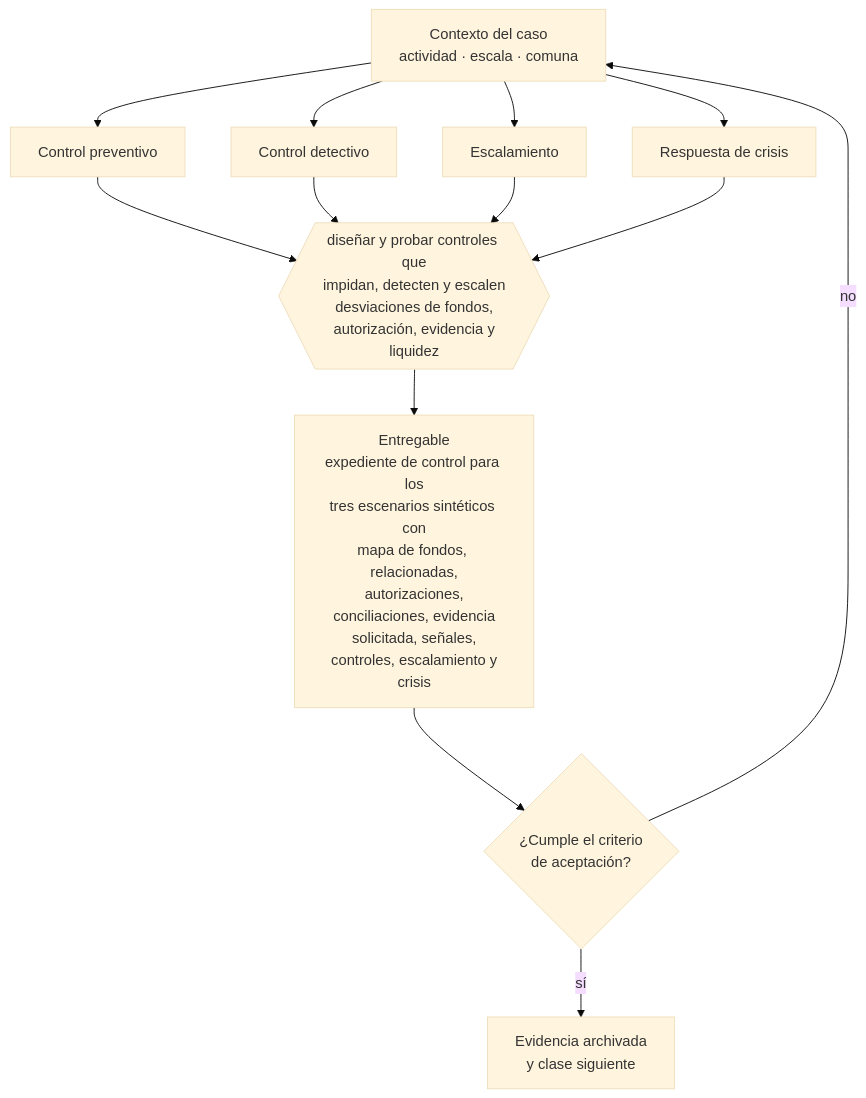
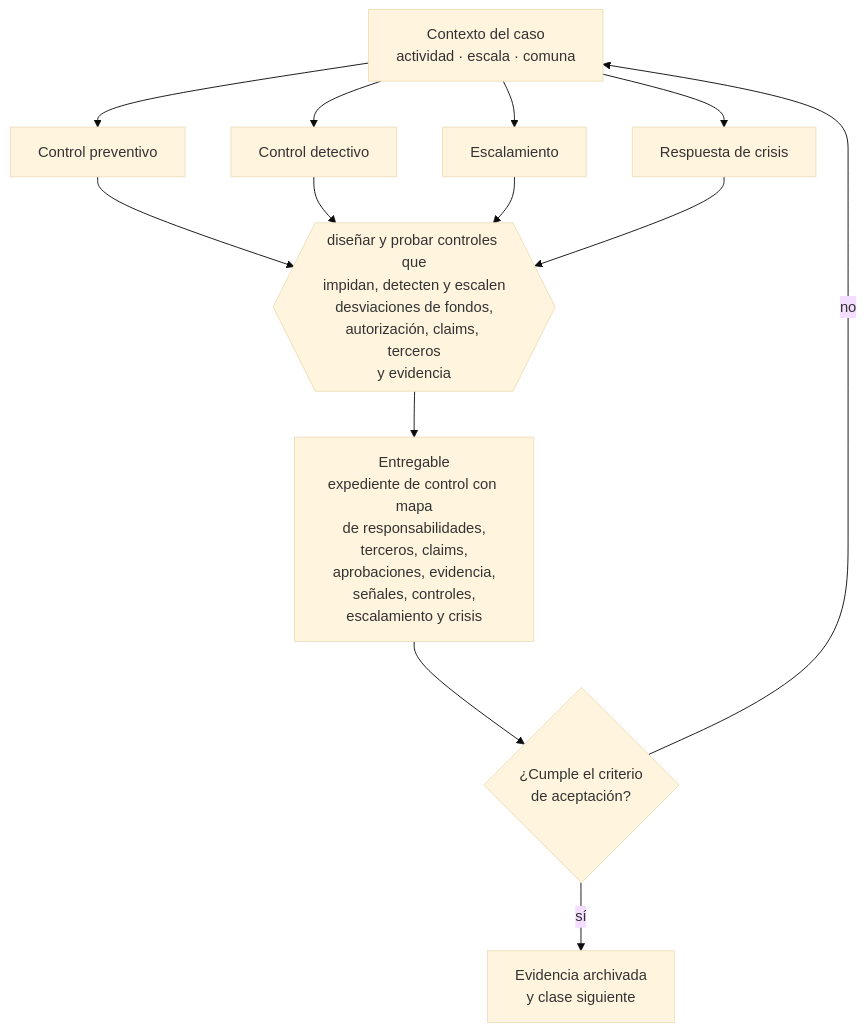
The diagram in curriculum/part-19-compliance-riesgos-y-responsabilidad-empresarial/class-02-controles-preventivos-detectivos-y-correctivos/README.md (vladimiracunadev-create/modern-business-creation-program), drawn with Mermaid (base theme) before and after one commit. The commit also changed other lines of this file and 33 other files, not shown here.

````diff
--- a/curriculum/part-19-compliance-riesgos-y-responsabilidad-empresarial/class-02-controles-preventivos-detectivos-y-correctivos/README.md
+++ b/curriculum/part-19-compliance-riesgos-y-responsabilidad-empresarial/class-02-controles-preventivos-detectivos-y-correctivos/README.md
@@ -34,13 +34,13 @@
 ```mermaid
 flowchart TB
     C["Contexto del caso<br/>actividad · escala · comuna"]
     C --> A1["Control preventivo"]
     C --> A2["Control detectivo"]
     C --> A3["Escalamiento"]
     C --> A4["Respuesta de crisis"]
-    A1 & A2 & A3 & A4 --> D{{"diseñar y probar controles que<br/>impidan, detecten y escalen<br/>desviaciones de fondos,<br/>autorización, evidencia y<br/>liquidez"}}
-    D --> E["Entregable<br/>expediente de control para los<br/>tres escenarios sintéticos con<br/>mapa de fondos, relacionadas,<br/>autorizaciones,<br/>conciliaciones, evidencia<br/>solicitada, señales,<br/>controles, escalamiento y<br/>crisis"]
+    A1 & A2 & A3 & A4 --> D{{"diseñar y probar controles que<br/>impidan, detecten y escalen<br/>desviaciones de fondos,<br/>autorización, claims, terceros<br/>y evidencia"}}
+    D --> E["Entregable<br/>expediente de control con mapa<br/>de responsabilidades,<br/>terceros, claims,<br/>aprobaciones, evidencia,<br/>señales, controles,<br/>escalamiento y crisis"]
     E --> V{"¿Cumple el criterio<br/>de aceptación?"}
     V -->|sí| S["Evidencia archivada<br/>y clase siguiente"]
     V -->|no| C
 ```
````
